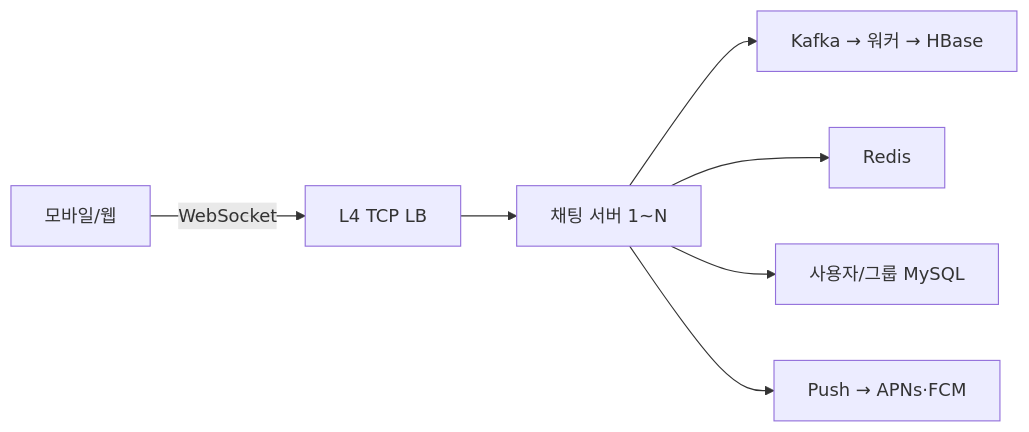
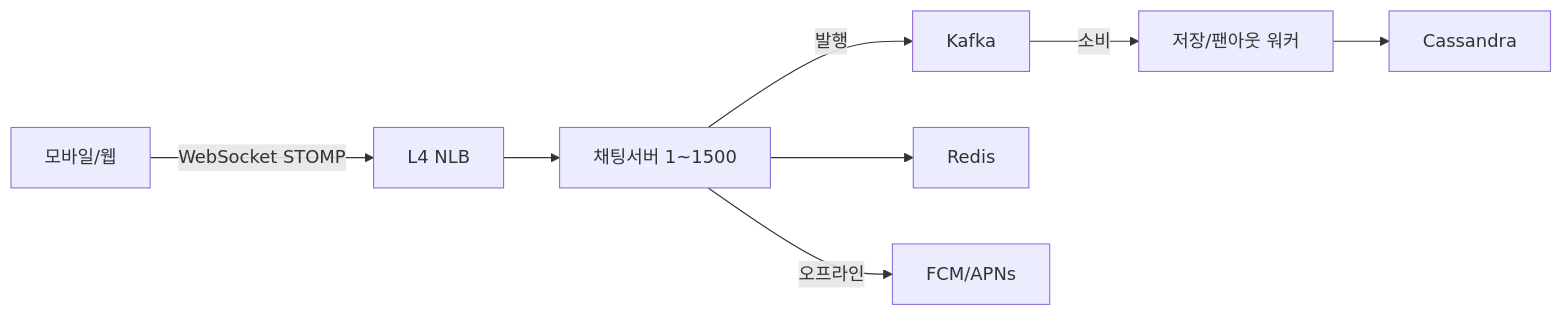
The fifth of 7 diagrams in _posts/systemdesign/2026-05-02-system-design-chat.md (yjkim2015/yjkim2015.github.io), drawn with Mermaid before and after one commit. The commit also changed other lines of this file and 4 other files, not shown here.

````diff
--- a/_posts/systemdesign/2026-05-02-system-design-chat.md
+++ b/_posts/systemdesign/2026-05-02-system-design-chat.md
@@ -371,9 +724,10 @@
 ```mermaid
 graph LR
-    Client["모바일/웹"] -->|WebSocket| LB["L4 TCP LB"]
-    LB --> CS["채팅 서버 1~N"]
-    CS --> Kafka["Kafka → 워커 → HBase"]
+    Client["모바일/웹"] -->|"WebSocket STOMP"| LB["L4 NLB"]
+    LB --> CS["채팅서버 1~1500"]
+    CS -->|"발행"| Kafka["Kafka"]
+    Kafka -->|"소비"| Worker["저장/팬아웃 워커"]
+    Worker --> Cass["Cassandra"]
     CS --> Redis["Redis"]
-    CS --> UserSvc["사용자/그룹 MySQL"]
-    CS --> Push["Push → APNs·FCM"]
+    CS -->|"오프라인"| Push["FCM/APNs"]
 ```
````
